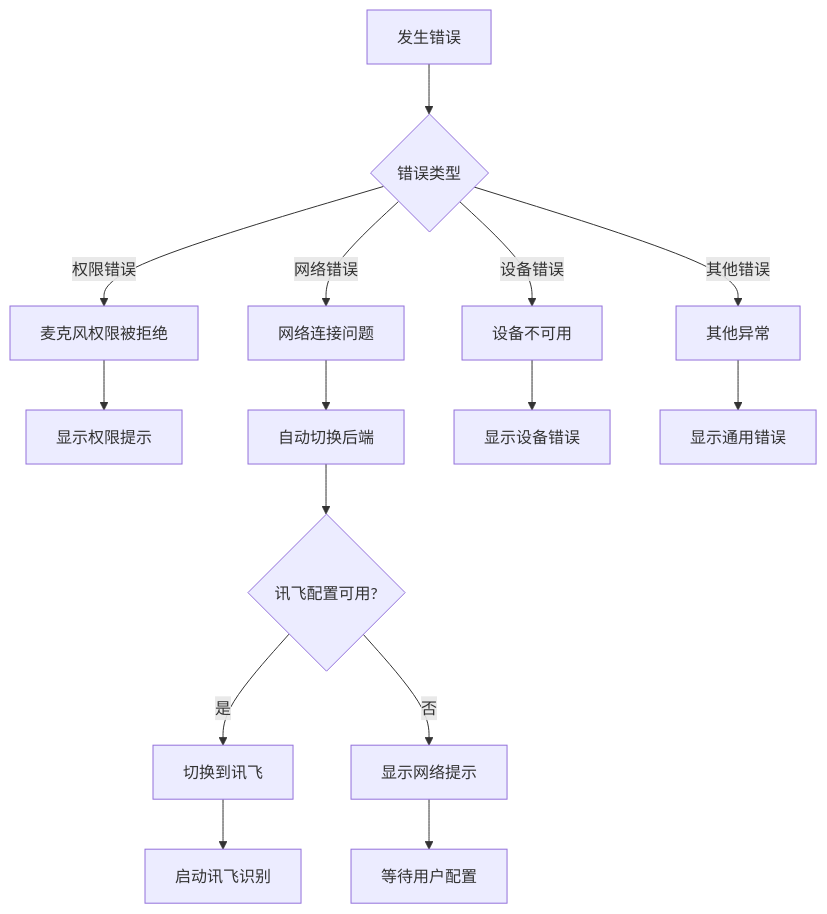
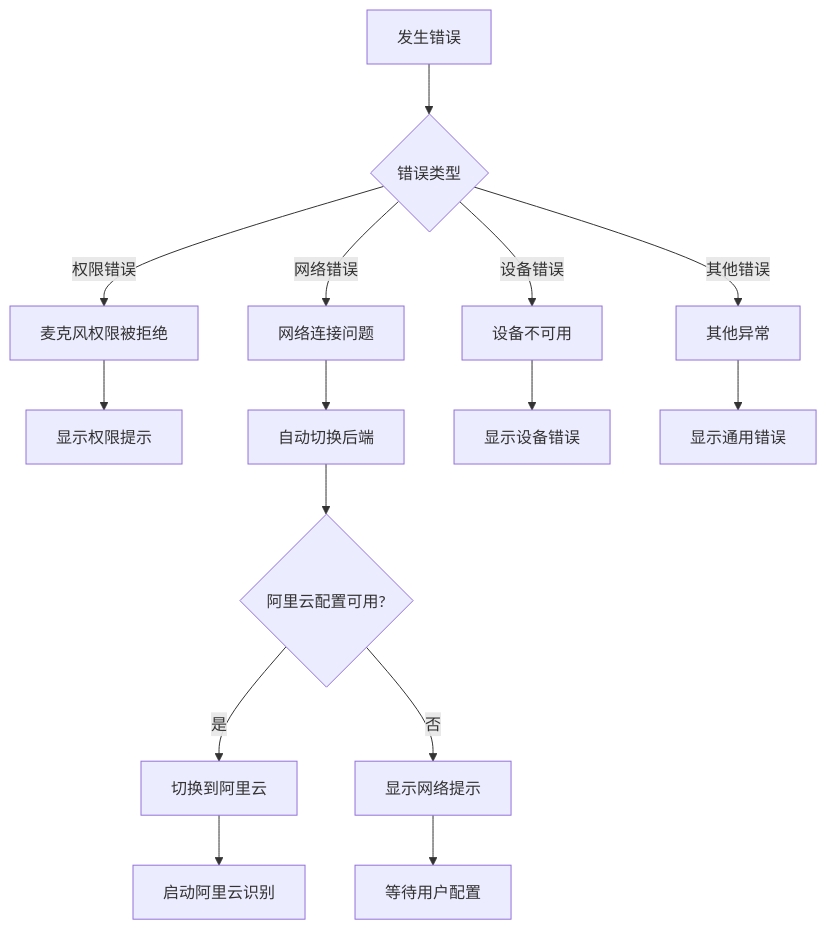
One commit to db300/MySpeechRecognition changed the seventh of 10 diagrams in .qoder/repowiki/zh/content/语音识别模块详解/语音识别模块详解.md. Above: the diagram before and after it, drawn with Mermaid. The commit also changed other lines of this file and 26 other files, not shown here.

````diff
--- a/.qoder/repowiki/zh/content/语音识别模块详解/语音识别模块详解.md
+++ b/.qoder/repowiki/zh/content/语音识别模块详解/语音识别模块详解.md
@@ -333,17 +346,17 @@
 ```mermaid
 flowchart TD
 Error[发生错误] --> CheckType{错误类型}
 CheckType --> |权限错误| Permission[麦克风权限被拒绝]
 CheckType --> |网络错误| Network[网络连接问题]
 CheckType --> |设备错误| Device[设备不可用]
 CheckType --> |其他错误| Other[其他异常]
 Permission --> ShowMsg[显示权限提示]
 Network --> AutoSwitch[自动切换后端]
 Device --> ShowDevice[显示设备错误]
 Other --> ShowGeneric[显示通用错误]
-AutoSwitch --> CheckConfig{讯飞配置可用?}
-CheckConfig --> |是| SwitchToXfyun[切换到讯飞]
+AutoSwitch --> CheckConfig{阿里云配置可用?}
+CheckConfig --> |是| SwitchToAliyun[切换到阿里云]
 CheckConfig --> |否| ShowNetworkHint[显示网络提示]
-SwitchToXfyun --> StartXfyun[启动讯飞识别]
+SwitchToAliyun --> StartAliyun[启动阿里云识别]
 ShowNetworkHint --> WaitUser[等待用户配置]
 ```
````
